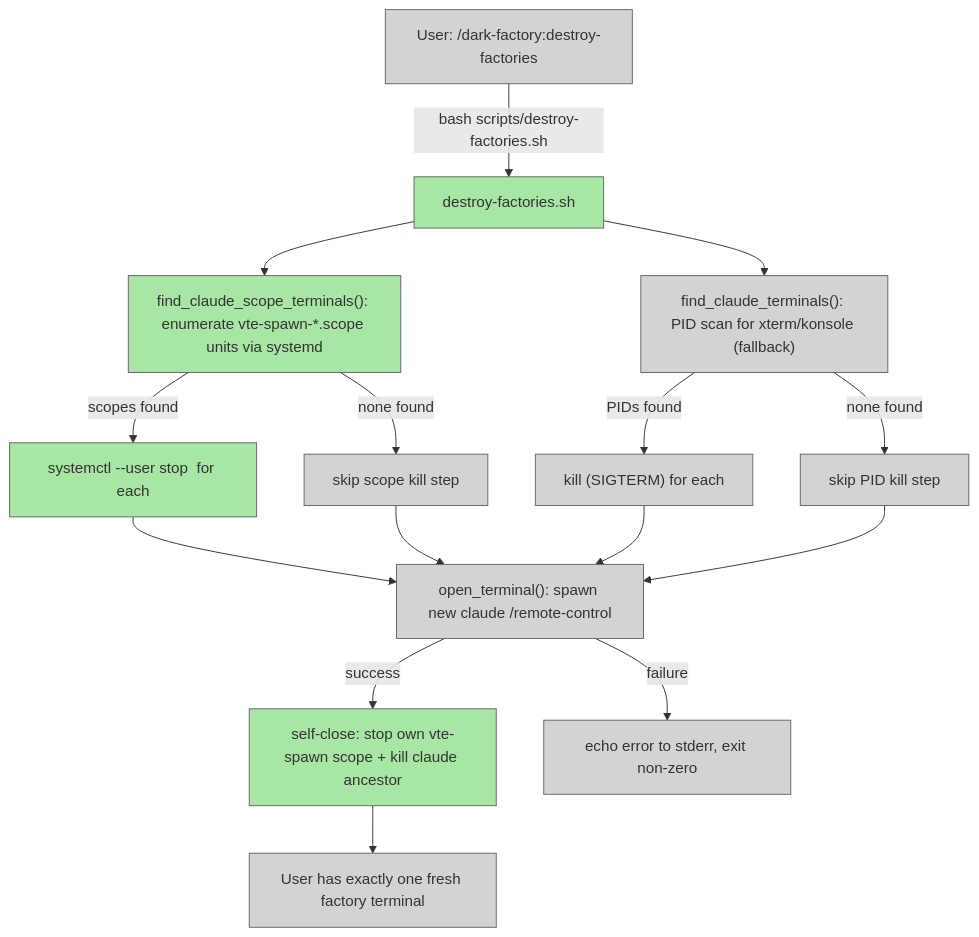
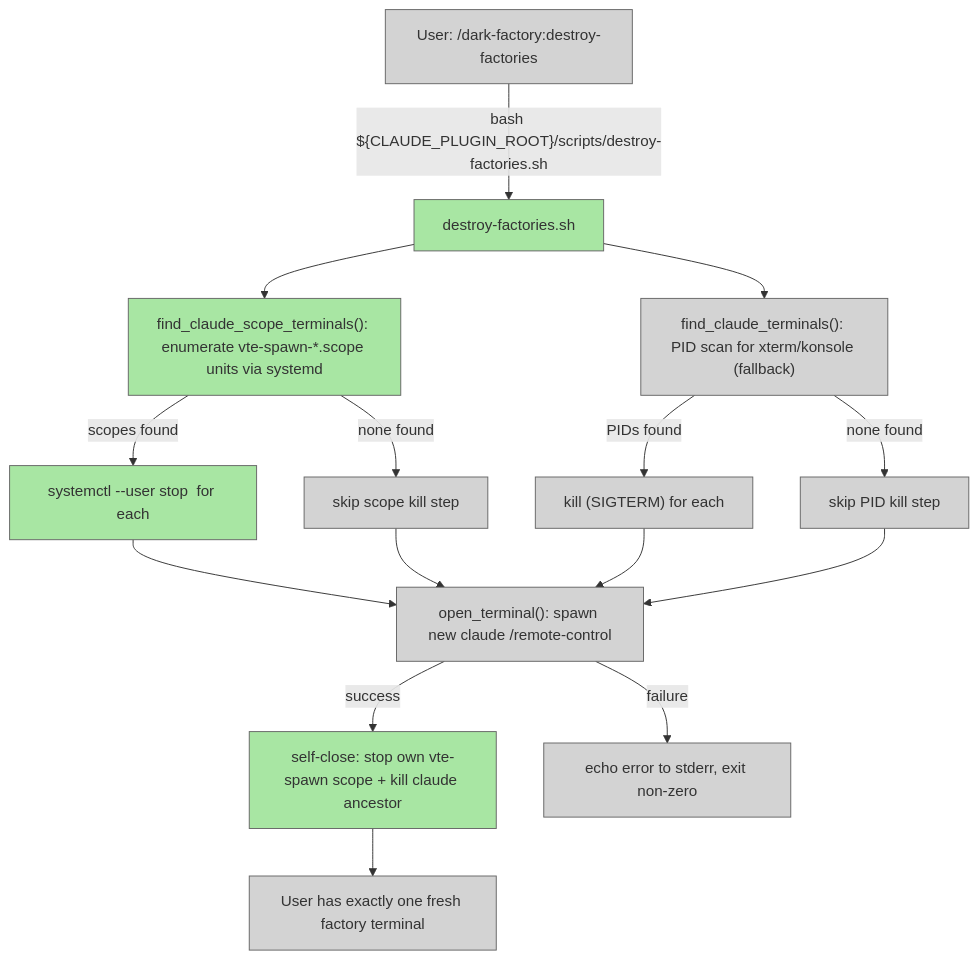
Before and after one commit to lewibs/dark-factory: the diagram in docs/docs/destroy-factories.md, drawn with Mermaid. The commit also changed other lines of this file and 22 other files, not shown here.

First line of the commit message:
feat(plugin): bundle scripts with plugin using CLAUDE_PLUGIN_ROOT

````diff
--- a/docs/docs/destroy-factories.md
+++ b/docs/docs/destroy-factories.md
@@ -18,20 +18,20 @@
 ```mermaid
 graph TD
-  User["User: /dark-factory:destroy-factories"]:::unchanged -->|"bash scripts/destroy-factories.sh"| Script["destroy-factories.sh"]:::modified
+  User["User: /dark-factory:destroy-factories"]:::unchanged -->|"bash ${CLAUDE_PLUGIN_ROOT}/scripts/destroy-factories.sh"| Script["destroy-factories.sh"]:::modified
   Script --> FindScopes["find_claude_scope_terminals(): enumerate vte-spawn-*.scope units via systemd"]:::modified
   Script --> FindPID["find_claude_terminals(): PID scan for xterm/konsole (fallback)"]:::unchanged
   FindScopes -->|"scopes found"| StopScopes["systemctl --user stop <scope> for each"]:::modified
   FindScopes -->|"none found"| SkipScopes["skip scope kill step"]:::unchanged
   FindPID -->|"PIDs found"| KillPIDs["kill <pid> (SIGTERM) for each"]:::unchanged
   FindPID -->|"none found"| SkipPIDs["skip PID kill step"]:::unchanged
   StopScopes --> SpawnFresh["open_terminal(): spawn new claude /remote-control"]:::unchanged
   SkipScopes --> SpawnFresh
   KillPIDs --> SpawnFresh
   SkipPIDs --> SpawnFresh
   SpawnFresh -->|"success"| SelfClose["self-close: stop own vte-spawn scope + kill claude ancestor"]:::modified
   SpawnFresh -->|"failure"| Error["echo error to stderr, exit non-zero"]:::unchanged
   SelfClose --> Done["User has exactly one fresh factory terminal"]:::unchanged
 
 classDef unchanged fill:#d3d3d3,stroke:#666,stroke-width:1px;
 classDef modified fill:#a8e6a3,stroke:#666,stroke-width:1px;
 ```
````
